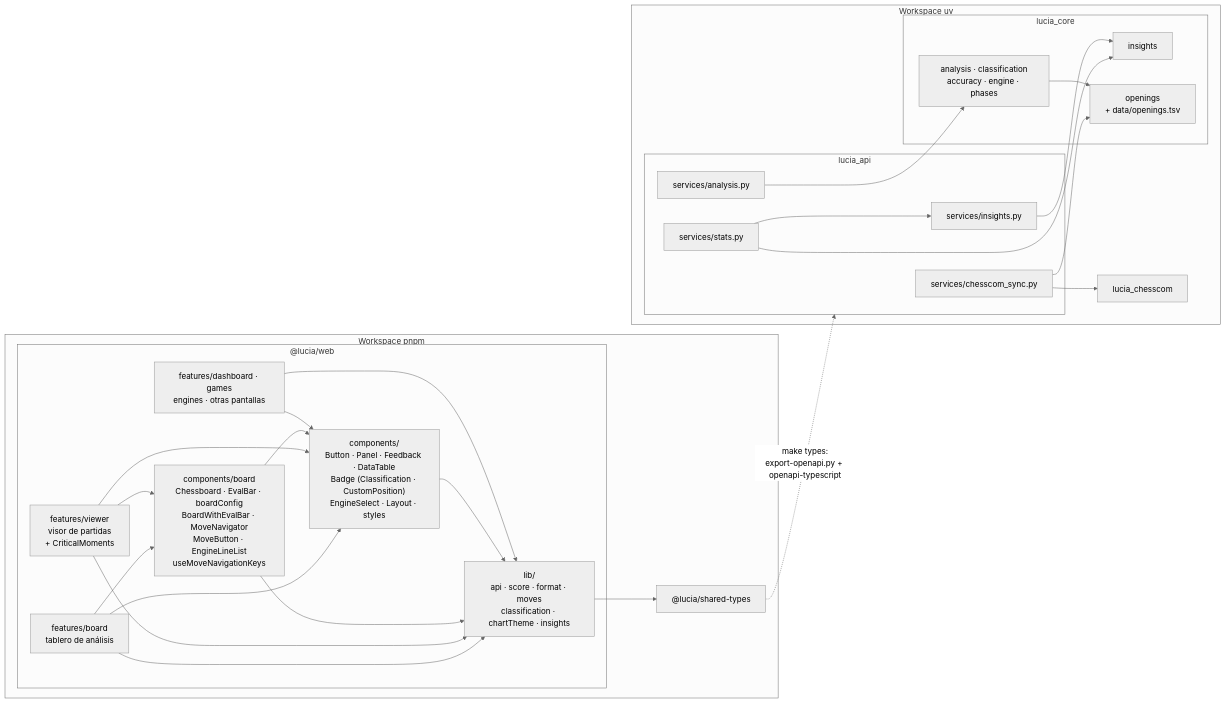
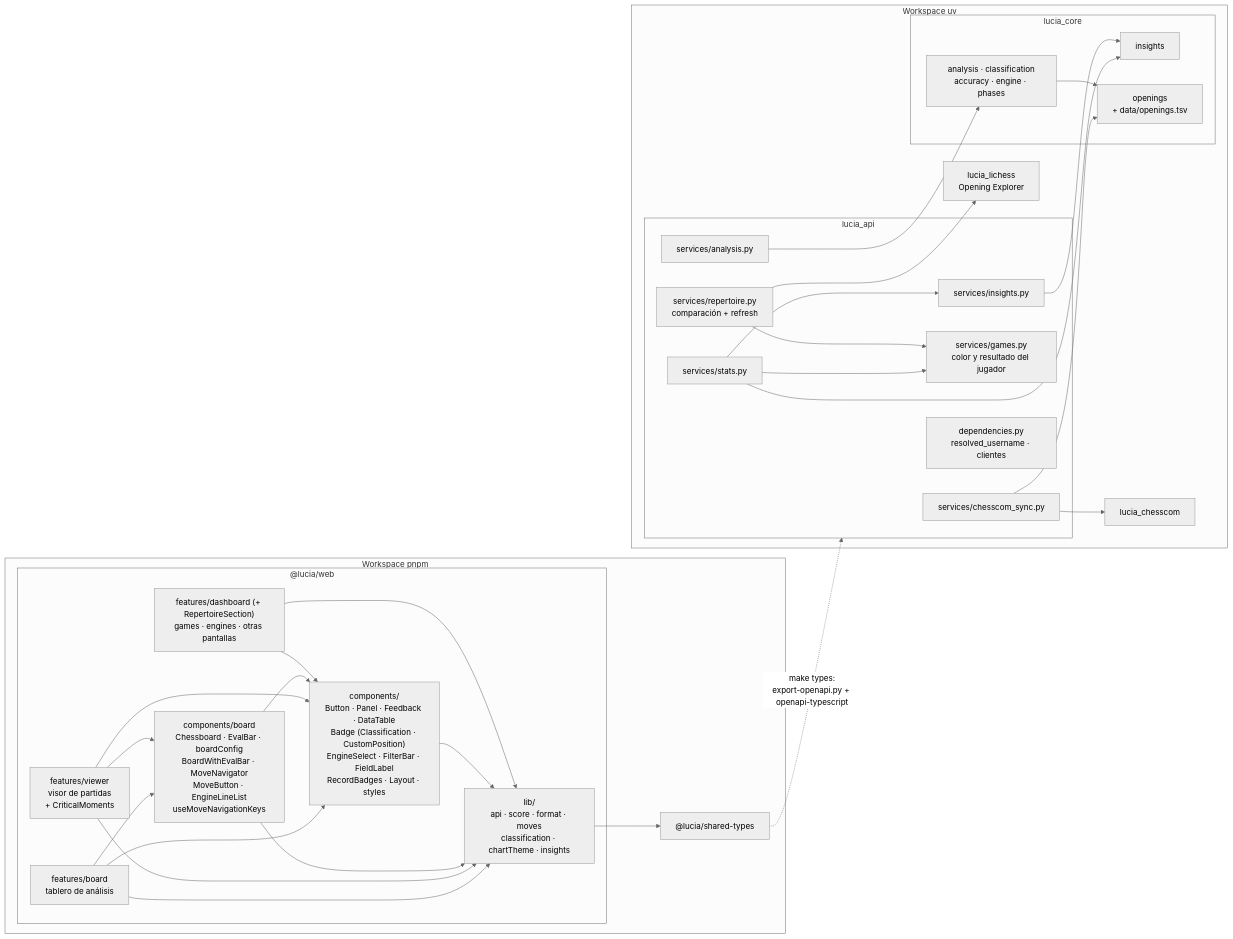
Before and after one commit to SirJsus/LUCIA: the second of 9 diagrams in docs/06-mapa-del-proyecto.md, drawn with Mermaid (neutral theme). The commit also changed other lines of this file and 48 other files, not shown here.

````diff
--- a/docs/06-mapa-del-proyecto.md
+++ b/docs/06-mapa-del-proyecto.md
@@ -77,50 +86,57 @@
 ```mermaid
 graph LR
     subgraph JS["Workspace pnpm"]
         subgraph WEB["@lucia/web"]
             board["features/board<br/>tablero de análisis"]
             viewer["features/viewer<br/>visor de partidas<br/>+ CriticalMoments"]
-            screens["features/dashboard · games<br/>engines · otras pantallas"]
+            screens["features/dashboard (+ RepertoireSection)<br/>games · engines · otras pantallas"]
             boardui["components/board<br/>Chessboard · EvalBar · boardConfig<br/>BoardWithEvalBar · MoveNavigator<br/>MoveButton · EngineLineList<br/>useMoveNavigationKeys"]
-            ui["components/<br/>Button · Panel · Feedback · DataTable<br/>Badge (Classification · CustomPosition)<br/>EngineSelect · Layout · styles"]
+            ui["components/<br/>Button · Panel · Feedback · DataTable<br/>Badge (Classification · CustomPosition)<br/>EngineSelect · FilterBar · FieldLabel<br/>RecordBadges · Layout · styles"]
             lib["lib/<br/>api · score · format · moves<br/>classification · chartTheme · insights"]
         end
         types["@lucia/shared-types"]
     end
 
     subgraph PY["Workspace uv"]
         subgraph API["lucia_api"]
             api_sync["services/chesscom_sync.py"]
             api_analysis["services/analysis.py"]
             api_stats["services/stats.py"]
+            api_games["services/games.py<br/>color y resultado del jugador"]
             api_insights["services/insights.py"]
+            api_repertoire["services/repertoire.py<br/>comparación + refresh"]
+            api_deps["dependencies.py<br/>resolved_username · clientes"]
         end
         subgraph CORE["lucia_core"]
             core_analysis["analysis · classification<br/>accuracy · engine · phases"]
             core_insights["insights"]
             core_openings["openings<br/>+ data/openings.tsv"]
         end
         chesscom["lucia_chesscom"]
+        lichess["lucia_lichess<br/>Opening Explorer"]
     end
 
     board --> boardui
     viewer --> boardui
     board --> ui
     viewer --> ui
     boardui --> ui
     screens --> ui
     board --> lib
     viewer --> lib
     boardui --> lib
     ui --> lib
     screens --> lib
     lib --> types
     api_sync --> chesscom
     api_sync --> core_openings
     api_analysis --> core_analysis
     core_analysis --> core_openings
+    api_stats --> api_games
     api_stats --> api_insights
     api_stats --> core_insights
     api_insights --> core_insights
+    api_repertoire --> api_games
+    api_repertoire --> lichess
     types -. "make types:<br/>export-openapi.py + openapi-typescript" .-> API
 ```
````
